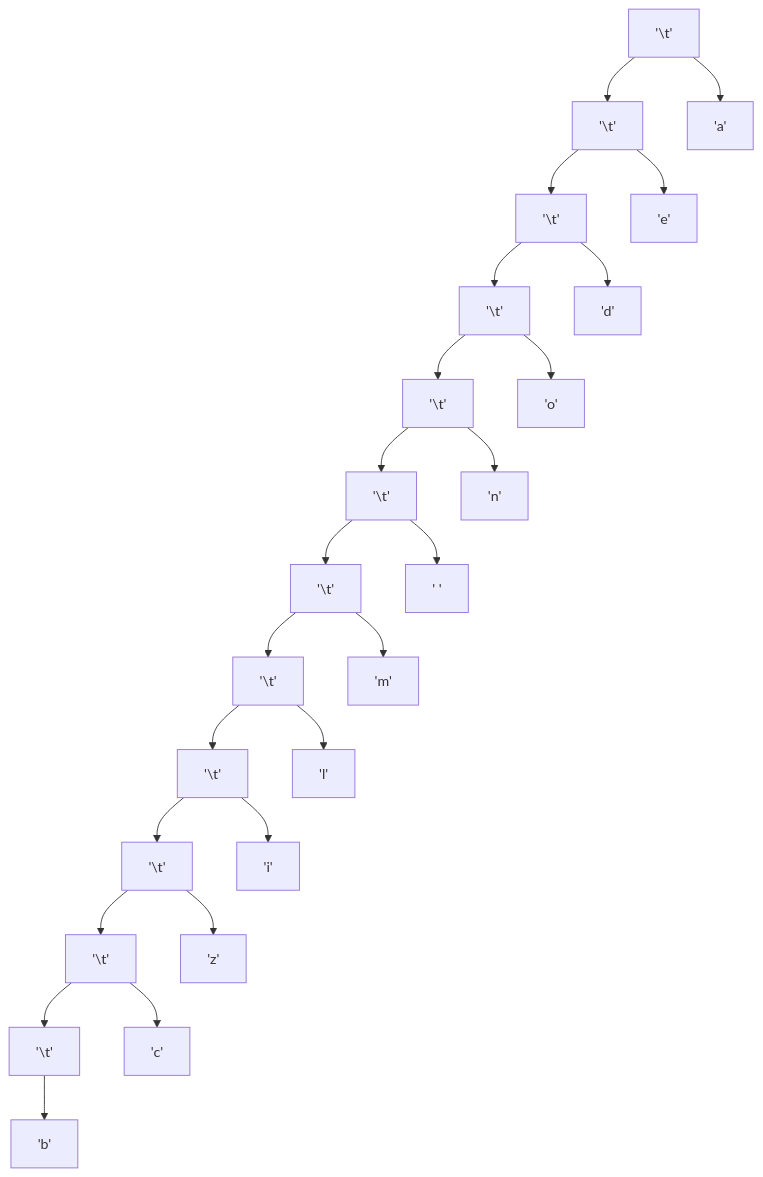
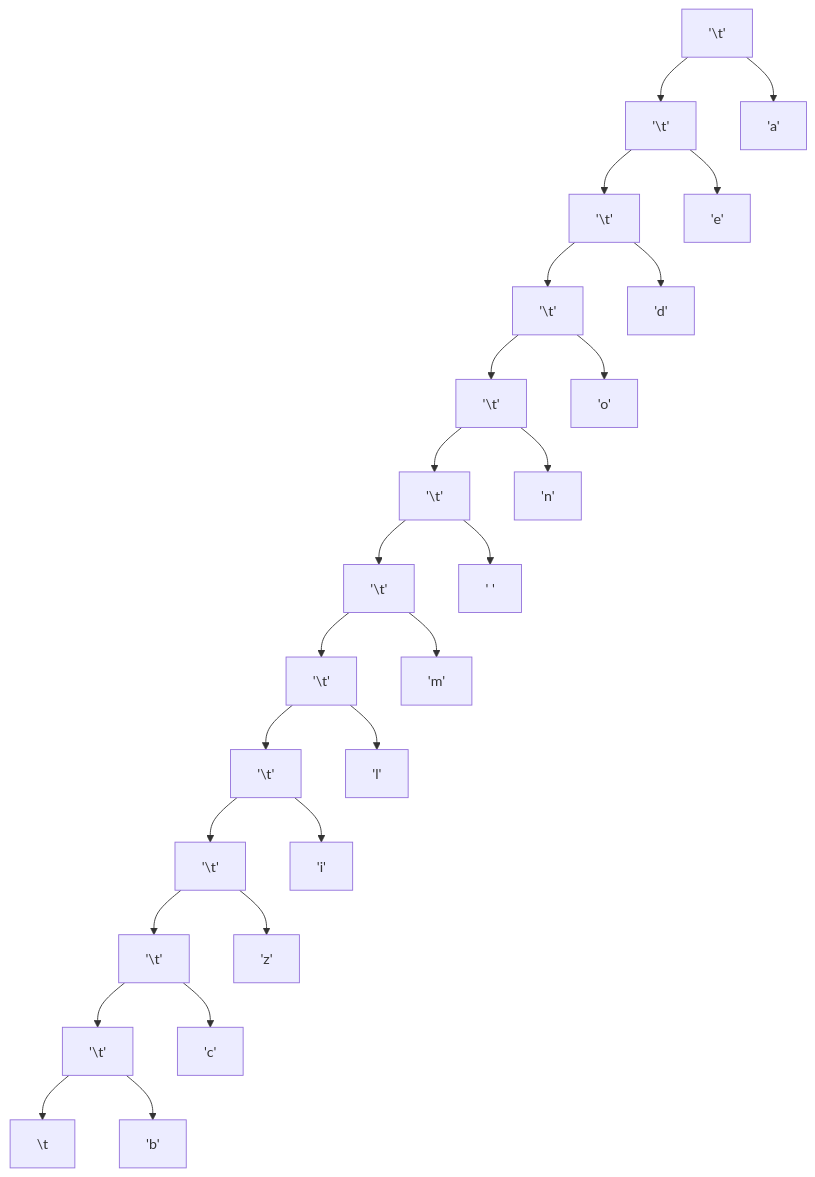
One commit to evanrock520-ciencias/ED-Laboratorio changed the diagram in Proyecto/README.md. Above: the diagram before and after it, drawn with Mermaid.

Commit message:
docs: actualizando el árbol de mermaid

````diff
--- a/Proyecto/README.md
+++ b/Proyecto/README.md
@@ -65,28 +65,29 @@
 ```mermaid
 graph TD
     B["'\t'"]
     B --> C["'\t'"]
     C --> D["'\t'"]
     D --> E["'\t'"]
     E --> F["'\t'"]
     F --> G["'\t'"]
     G --> H["'\t'"]
     H --> I["'\t'"]
     I --> J["'\t'"]
     J --> K["'\t'"]
     K --> L["'\t'"]
     L --> M["'\t'"]
+    M --> P["\t"]
     M --> b["'b'"]
     L --> c["'c'"]
     K --> z["'z'"]
     J --> i["'i'"]
     I --> l["'l'"]
     H --> m["'m'"]
     G --> s["' '"]
     F --> n["'n'"]
     E --> o["'o'"]
     D --> d["'d'"]
     C --> e["'e'"]
     B --> a["'a'"]
 
 ```
````
